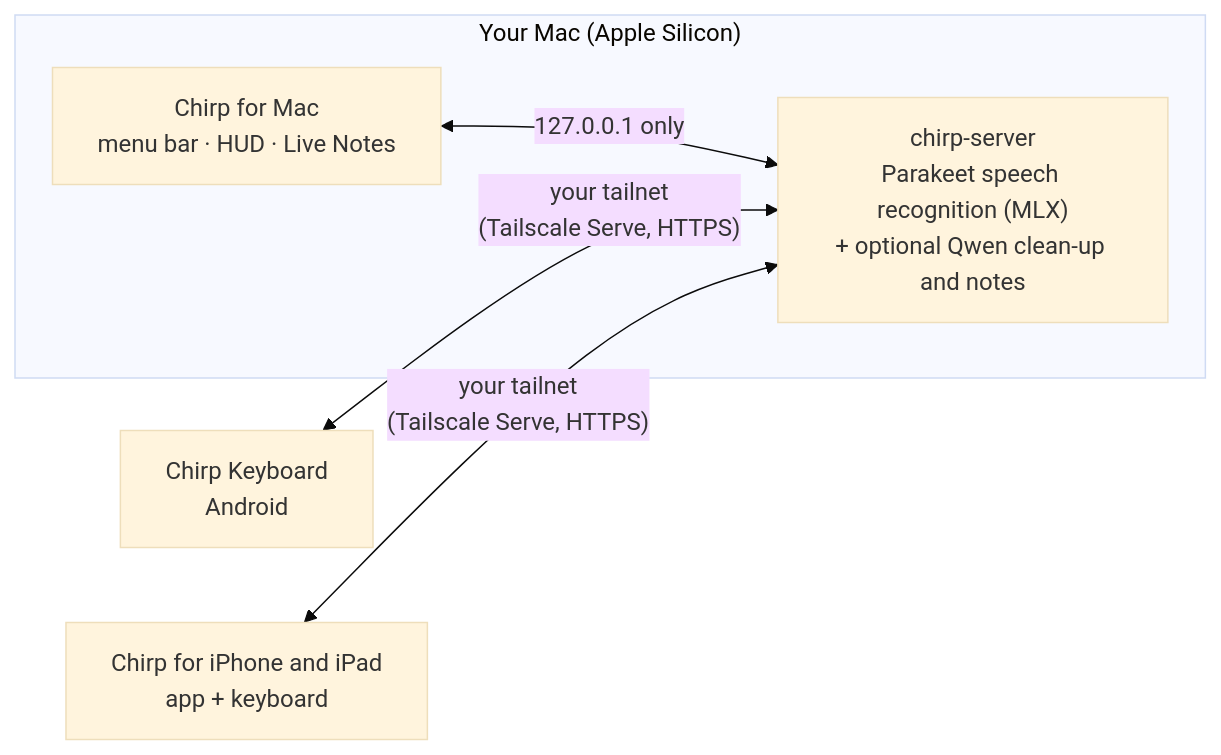
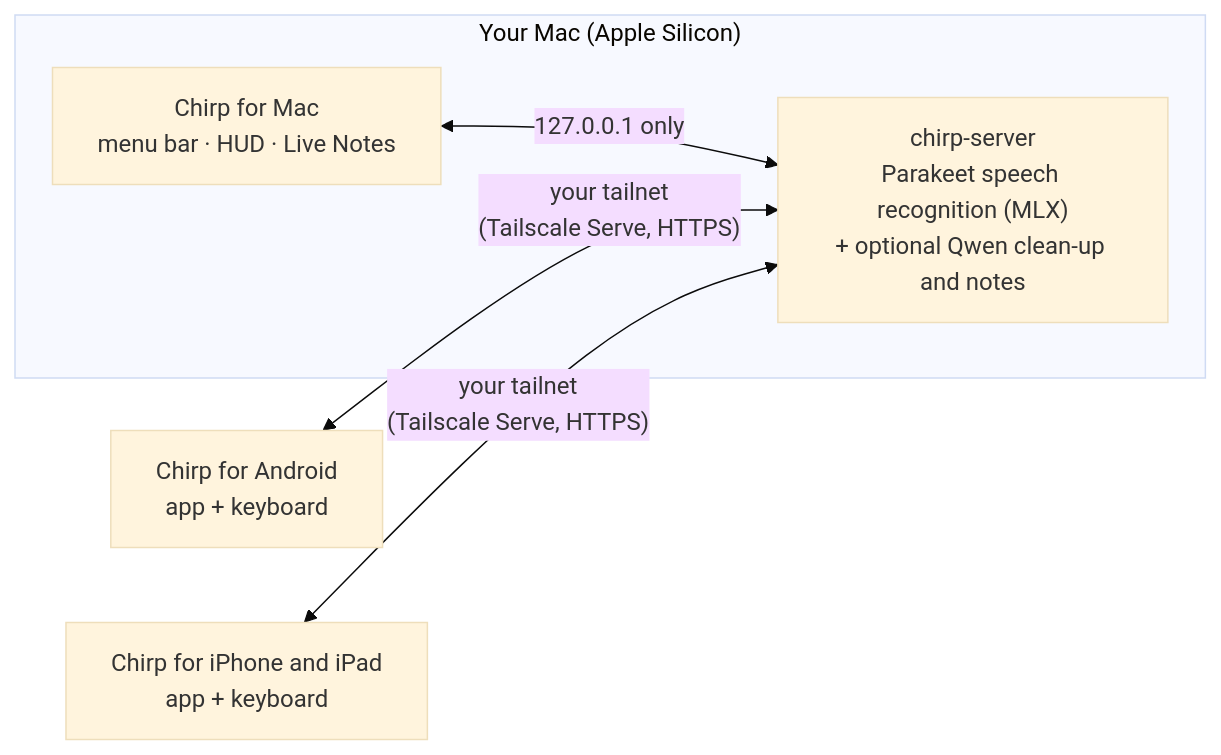
One commit to 0xlaveen/chirp changed the diagram in README.md. Above: the diagram before and after it, drawn with Mermaid (base theme). The commit also changed other lines of this file and 9 other files, not shown here.

First line of the commit message:
fix(android): the app is called Chirp; the keyboard stays Chirp Keyboard

````diff
--- a/README.md
+++ b/README.md
@@ -47,10 +47,10 @@
 ```mermaid
 flowchart LR
     subgraph MAC["Your Mac (Apple Silicon)"]
         SRV["chirp-server<br/>Parakeet speech recognition (MLX)<br/>+ optional Qwen clean-up and notes"]
         APP["Chirp for Mac<br/>menu bar · HUD · Live Notes"]
         APP <-->|"127.0.0.1 only"| SRV
     end
-    AND["Chirp Keyboard<br/>Android"] <-->|"your tailnet<br/>(Tailscale Serve, HTTPS)"| SRV
+    AND["Chirp for Android<br/>app + keyboard"] <-->|"your tailnet<br/>(Tailscale Serve, HTTPS)"| SRV
     IOS["Chirp for iPhone and iPad<br/>app + keyboard"] <-->|"your tailnet<br/>(Tailscale Serve, HTTPS)"| SRV
 ```
````
